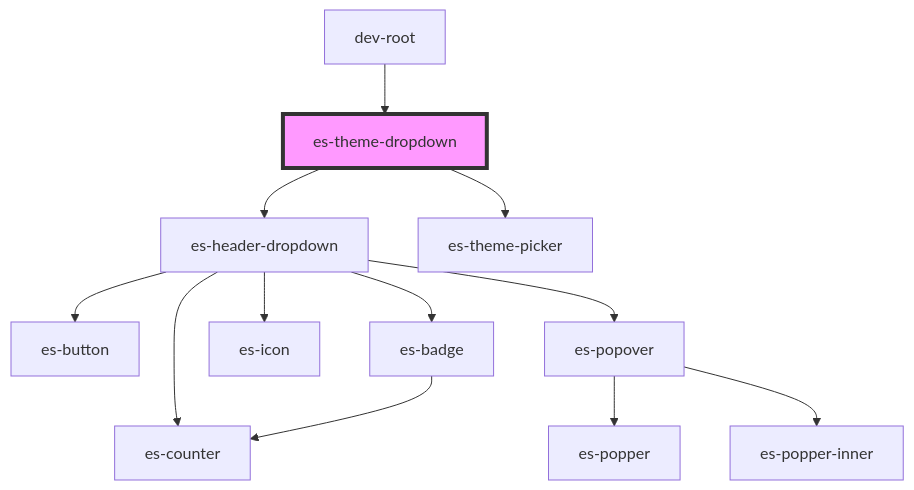
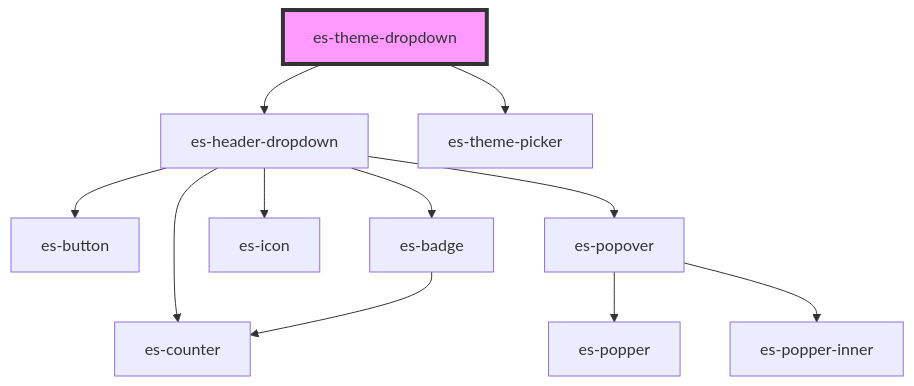
One commit to EventStore/Design-System changed the diagram in packages/layout/src/components/es-theme-dropdown/readme.md. Above: the diagram before and after it, drawn with Mermaid. The commit also changed other lines of this file and 20 other files, not shown here.

Commit message:
Make es-nav leaves optionally strict - don't default to strict - add option to re-enable it - move dev-root to be a .demo component

````diff
--- a/packages/layout/src/components/es-theme-dropdown/readme.md
+++ b/packages/layout/src/components/es-theme-dropdown/readme.md
@@ -52,15 +48,14 @@
 ```mermaid
 graph TD;
   es-theme-dropdown --> es-header-dropdown
   es-theme-dropdown --> es-theme-picker
   es-header-dropdown --> es-button
   es-header-dropdown --> es-counter
   es-header-dropdown --> es-badge
   es-header-dropdown --> es-icon
   es-header-dropdown --> es-popover
   es-badge --> es-counter
   es-popover --> es-popper
   es-popover --> es-popper-inner
-  dev-root --> es-theme-dropdown
   style es-theme-dropdown fill:#f9f,stroke:#333,stroke-width:4px
 ```
````
